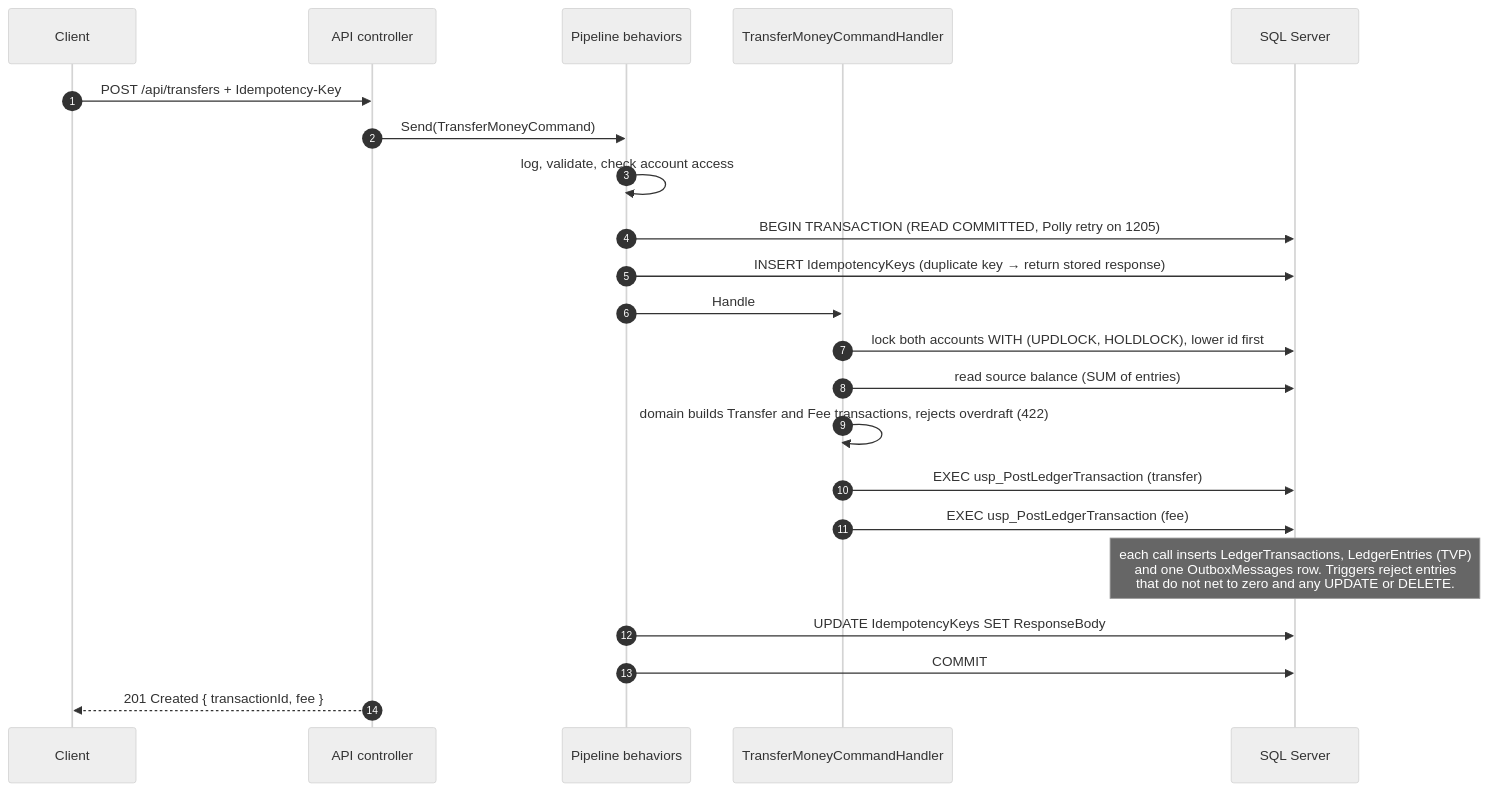
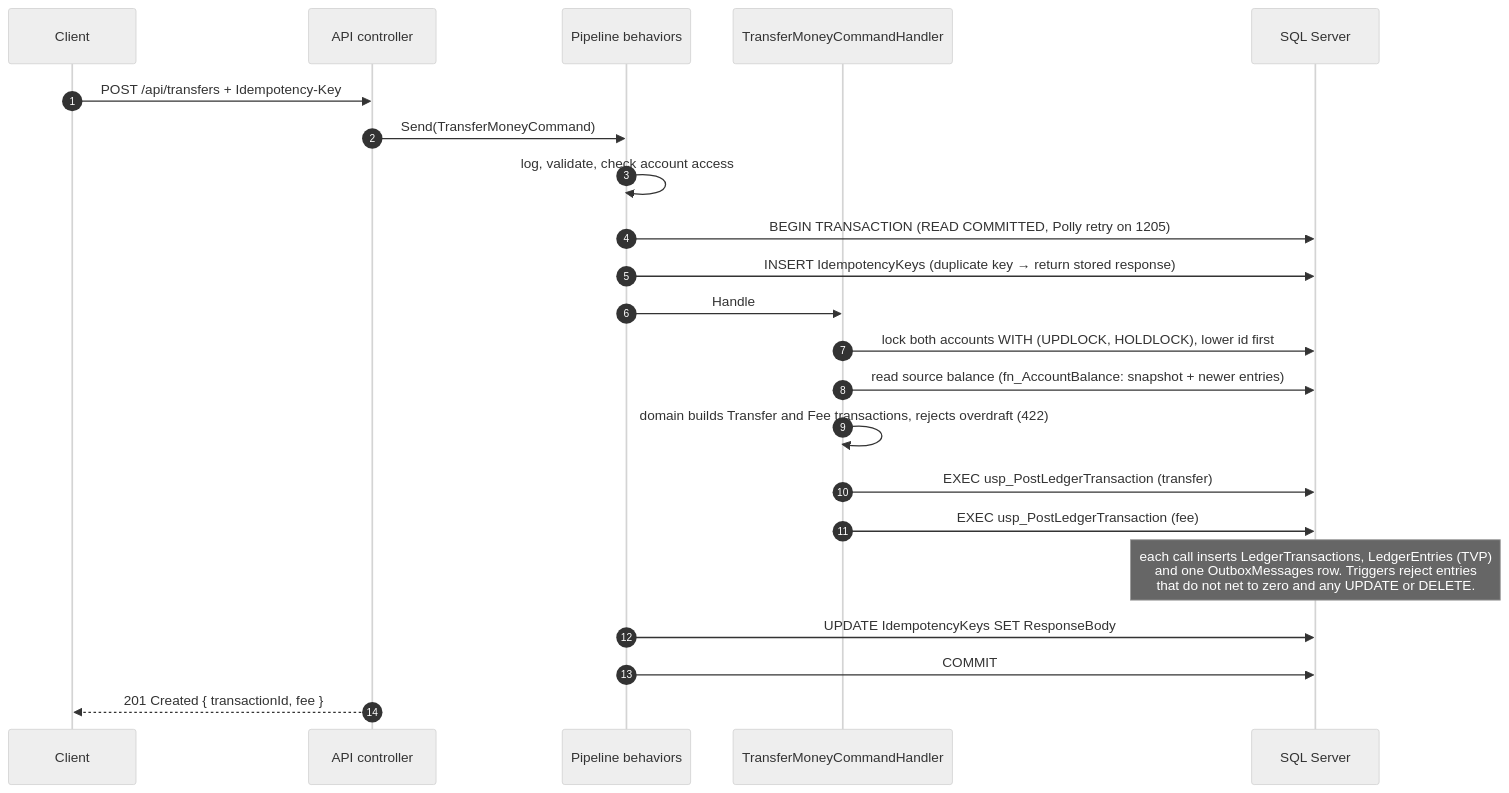
The second of 4 diagrams in docs/architecture.md (aymankuy/LedgerCore), drawn with Mermaid (neutral theme) before and after one commit. The commit also changed other lines of this file and 4 other files, not shown here.

First line of the commit message:
docs: report Phase 4 performance and update the README, architecture and plan

````diff
--- a/docs/architecture.md
+++ b/docs/architecture.md
@@ -43,25 +43,25 @@
 ```mermaid
 sequenceDiagram
     autonumber
     participant C as Client
     participant A as API controller
     participant P as Pipeline behaviors
     participant H as TransferMoneyCommandHandler
     participant DB as SQL Server
 
     C->>A: POST /api/transfers + Idempotency-Key
     A->>P: Send(TransferMoneyCommand)
     P->>P: log, validate, check account access
     P->>DB: BEGIN TRANSACTION (READ COMMITTED, Polly retry on 1205)
     P->>DB: INSERT IdempotencyKeys (duplicate key → return stored response)
     P->>H: Handle
     H->>DB: lock both accounts WITH (UPDLOCK, HOLDLOCK), lower id first
-    H->>DB: read source balance (SUM of entries)
+    H->>DB: read source balance (fn_AccountBalance: snapshot + newer entries)
     H->>H: domain builds Transfer and Fee transactions, rejects overdraft (422)
     H->>DB: EXEC usp_PostLedgerTransaction (transfer)
     H->>DB: EXEC usp_PostLedgerTransaction (fee)
     Note over DB: each call inserts LedgerTransactions, LedgerEntries (TVP)<br/>and one OutboxMessages row. Triggers reject entries<br/>that do not net to zero and any UPDATE or DELETE.
     P->>DB: UPDATE IdempotencyKeys SET ResponseBody
     P->>DB: COMMIT
     A-->>C: 201 Created { transactionId, fee }
 ```
````
